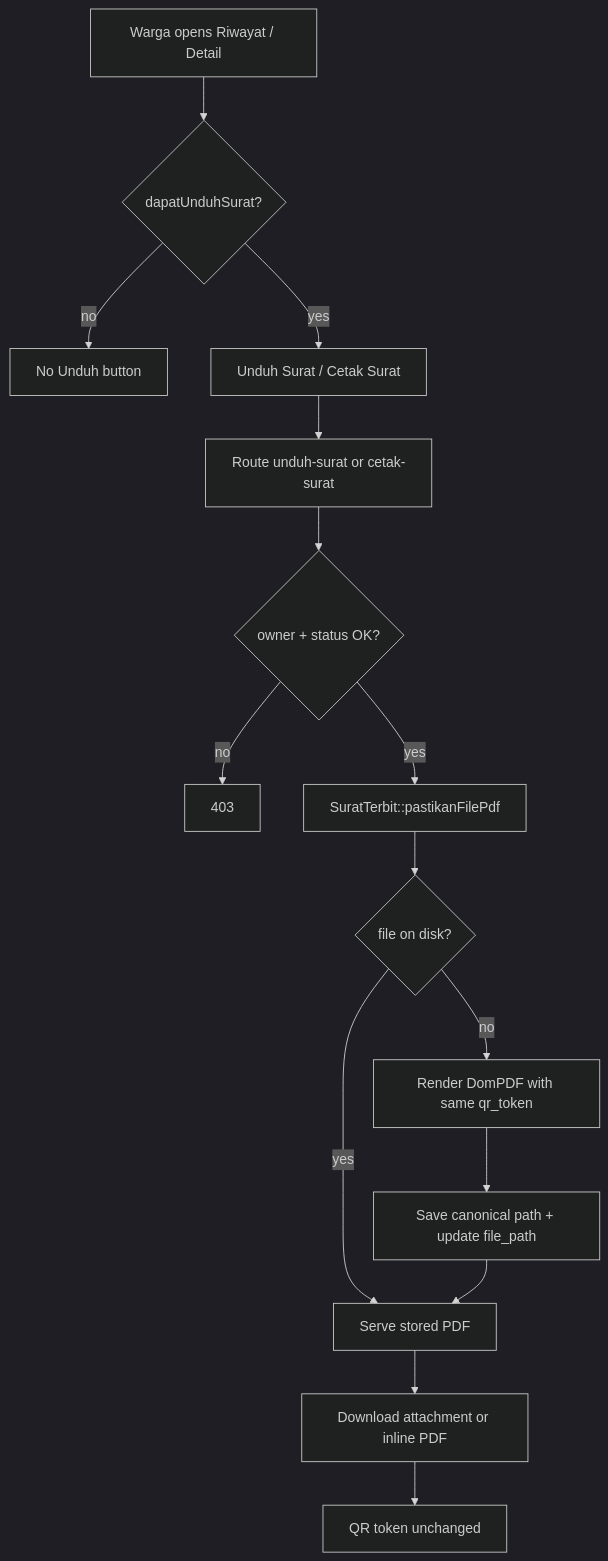
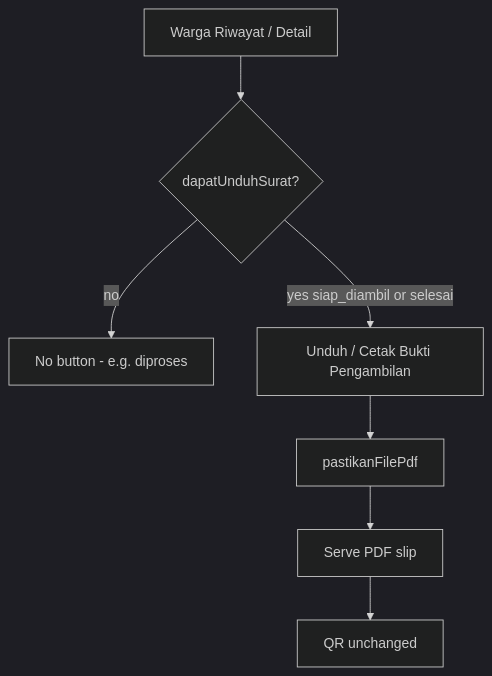
The diagram in docs/dev-docs/features/unduh-surat-warga.md (ZulfikarHD/sistem-desa), drawn with Mermaid (dark theme) before and after one commit. The commit also changed other lines of this file and 74 other files, not shown here.

First line of the commit message:
feat(surat): ubah PDF jadi bukti pengambilan dan tambah Pengaturan Desa

````diff
--- a/docs/dev-docs/features/unduh-surat-warga.md
+++ b/docs/dev-docs/features/unduh-surat-warga.md
@@ -9,17 +9,9 @@
 ```mermaid
 flowchart TD
-    A[Warga opens Riwayat / Detail] --> B{dapatUnduhSurat?}
-    B -->|no| C[No Unduh button]
-    B -->|yes| D[Unduh Surat / Cetak Surat]
-    D --> E[Route unduh-surat or cetak-surat]
-    E --> F{owner + status OK?}
-    F -->|no| G[403]
-    F -->|yes| H[SuratTerbit::pastikanFilePdf]
-    H --> I{file on disk?}
-    I -->|yes| J[Serve stored PDF]
-    I -->|no| K[Render DomPDF with same qr_token]
-    K --> L[Save canonical path + update file_path]
-    L --> J
-    J --> M[Download attachment or inline PDF]
-    M --> N[QR token unchanged]
+    A[Warga Riwayat / Detail] --> B{dapatUnduhSurat?}
+    B -->|no| C[No button - e.g. diproses]
+    B -->|yes siap_diambil or selesai| D[Unduh / Cetak Bukti Pengambilan]
+    D --> E[pastikanFilePdf]
+    E --> F[Serve PDF slip]
+    F --> G[QR unchanged]
 ```
````
